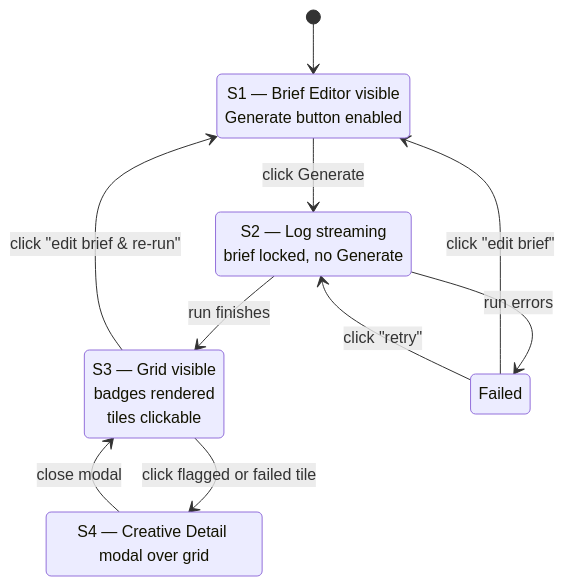
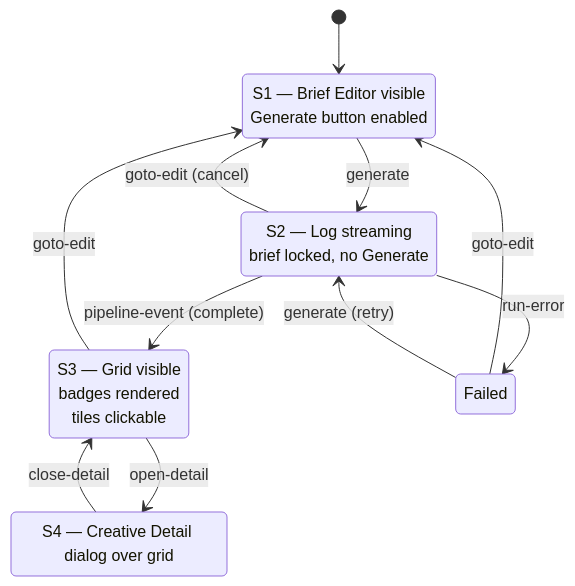
Before and after one commit to arndvs/cast: the sixth of 6 diagrams in docs/flow-diagrams.md, drawn with Mermaid. The commit also changed other lines of this file and 3 other files, not shown here.

````diff
--- a/docs/flow-diagrams.md
+++ b/docs/flow-diagrams.md
@@ -666,16 +681,17 @@
 ```mermaid
 stateDiagram-v2
     [*] --> Editing
     Editing: S1 — Brief Editor visible<br/>Generate button enabled
-    Editing --> Running: click Generate
+    Editing --> Running: generate
     Running: S2 — Log streaming<br/>brief locked, no Generate
-    Running --> Complete: run finishes
-    Running --> Failed: run errors
-    Failed --> Editing: click "edit brief"
-    Failed --> Running: click "retry"
+    Running --> Complete: pipeline-event (complete)
+    Running --> Failed: run-error
+    Running --> Editing: goto-edit (cancel)
+    Failed --> Editing: goto-edit
+    Failed --> Running: generate (retry)
     Complete: S3 — Grid visible<br/>badges rendered<br/>tiles clickable
-    Complete --> DetailOpen: click flagged or failed tile
-    DetailOpen: S4 — Creative Detail modal over grid
-    DetailOpen --> Complete: close modal
-    Complete --> Editing: click "edit brief & re-run"
+    Complete --> DetailOpen: open-detail
+    DetailOpen: S4 — Creative Detail dialog over grid
+    DetailOpen --> Complete: close-detail
+    Complete --> Editing: goto-edit
 ```
````
